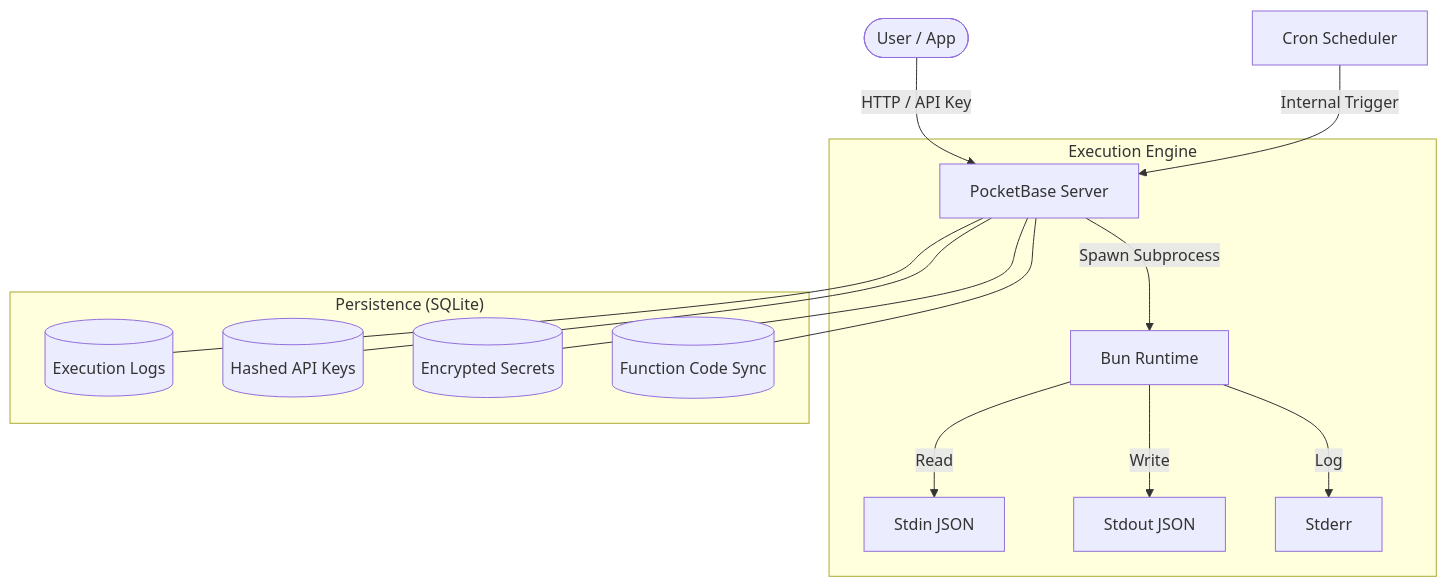
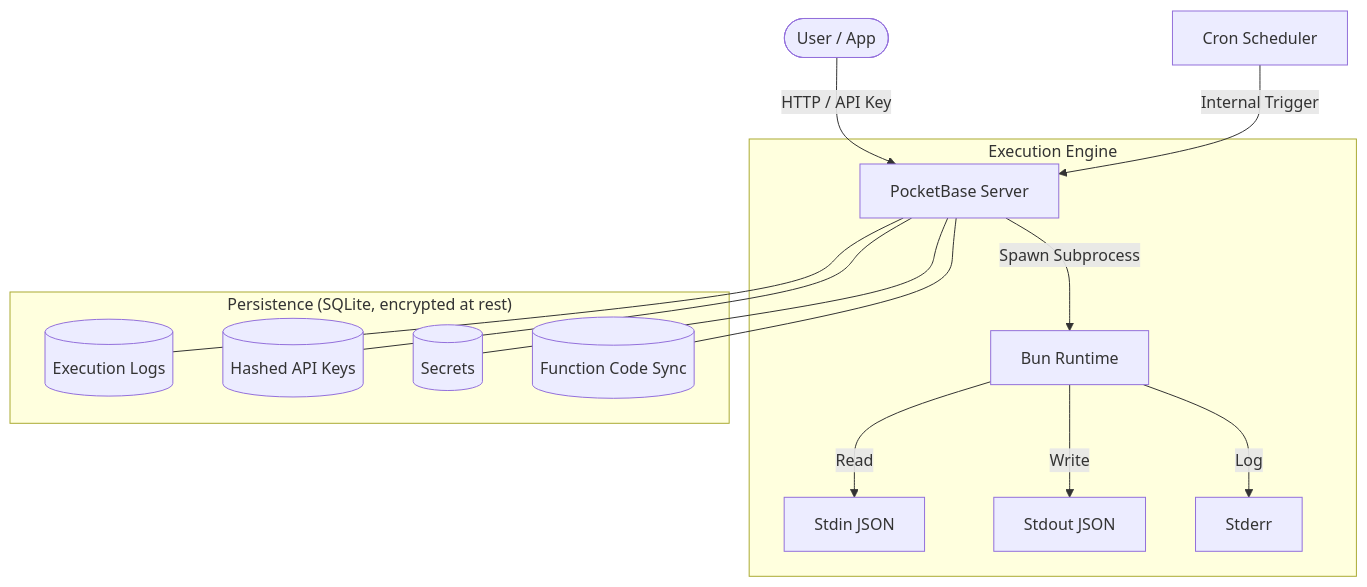
One commit to AntoineViau/FaaSBox changed the diagram in docs/08-architecture-deep-dive.md. Above: the diagram before and after it, drawn with Mermaid. The commit also changed 7 other files, not shown here.

````diff
--- a/docs/08-architecture-deep-dive.md
+++ b/docs/08-architecture-deep-dive.md
@@ -15,19 +15,19 @@
 ```mermaid
 graph TD
     User([User / App]) -->|HTTP / API Key| PB[PocketBase Server]
     Cron[Cron Scheduler] -->|Internal Trigger| PB
 
     subgraph "Execution Engine"
         PB -->|Spawn Subprocess| Bun[Bun Runtime]
         Bun -->|Read| Input[Stdin JSON]
         Bun -->|Write| Output[Stdout JSON]
         Bun -->|Log| Error[Stderr]
     end
 
-    subgraph "Persistence (SQLite)"
+    subgraph "Persistence (SQLite, encrypted at rest)"
         PB --- Logs[(Execution Logs)]
         PB --- Keys[(Hashed API Keys)]
-        PB --- Config[(Encrypted Secrets)]
+        PB --- Config[(Secrets)]
         PB --- Functions[(Function Code Sync)]
     end
 ```
````
